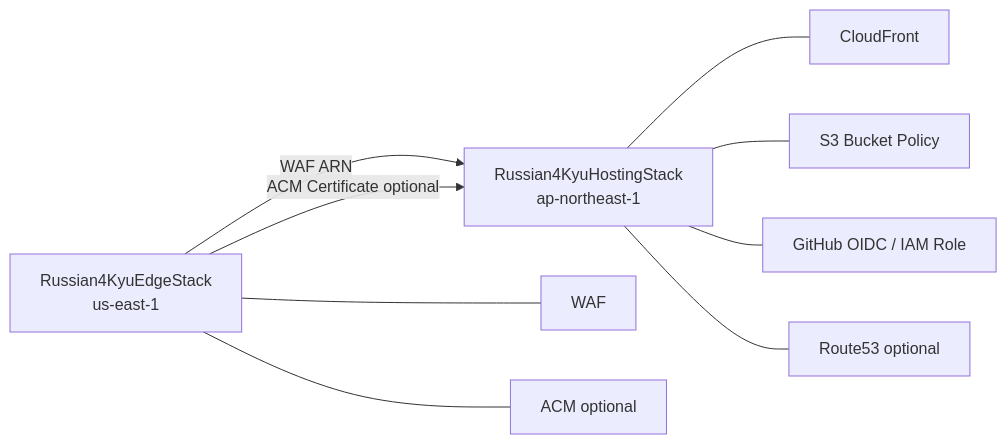
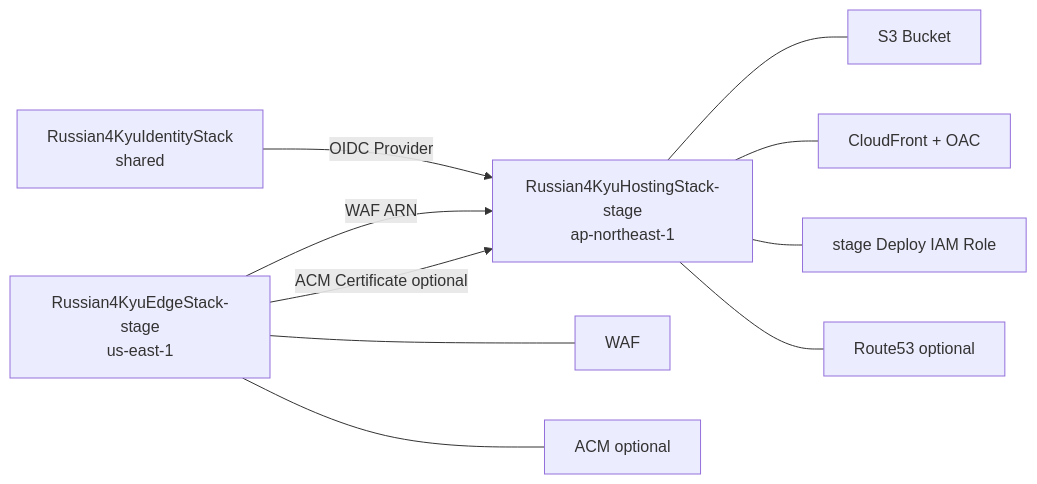
One commit to toshiakisan1127/russian-4kyu-training changed the fourth of 4 diagrams in docs/AWS_PUBLIC_HOSTING.md. Above: the diagram before and after it, drawn with Mermaid. The commit also changed other lines of this file, not shown here.

Commit message:
docs: update public hosting design for CDK-managed environments

````diff
--- a/docs/AWS_PUBLIC_HOSTING.md
+++ b/docs/AWS_PUBLIC_HOSTING.md
@@ -197,16 +181,18 @@
 ```mermaid
 flowchart LR
-    Edge[Russian4KyuEdgeStack\nus-east-1]
-    Hosting[Russian4KyuHostingStack\nap-northeast-1]
+    Identity[Russian4KyuIdentityStack\nshared]
+    Edge[Russian4KyuEdgeStack-stage\nus-east-1]
+    Hosting[Russian4KyuHostingStack-stage\nap-northeast-1]
 
+    Identity -->|OIDC Provider| Hosting
     Edge -->|WAF ARN| Hosting
     Edge -->|ACM Certificate optional| Hosting
 
     Edge --- WAF2[WAF]
     Edge --- ACM2[ACM optional]
 
-    Hosting --- CF2[CloudFront]
-    Hosting --- S3P[S3 Bucket Policy]
-    Hosting --- OIDC2[GitHub OIDC / IAM Role]
+    Hosting --- S3B[S3 Bucket]
+    Hosting --- CF2[CloudFront + OAC]
+    Hosting --- Role[stage Deploy IAM Role]
     Hosting --- R53[Route53 optional]
 ```
````
